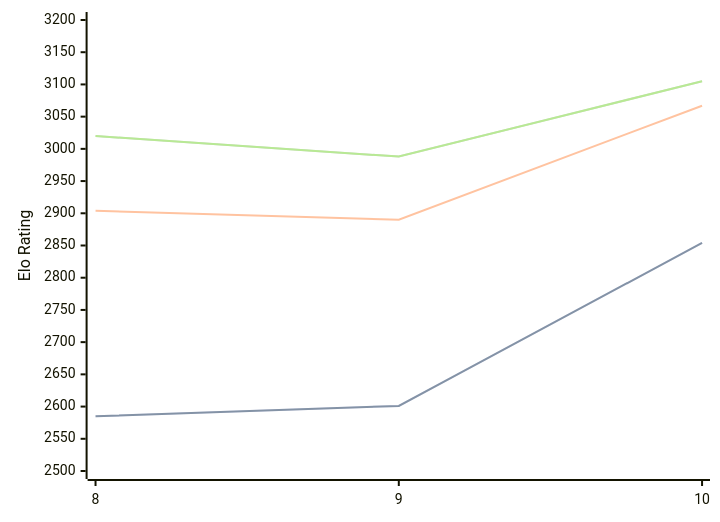
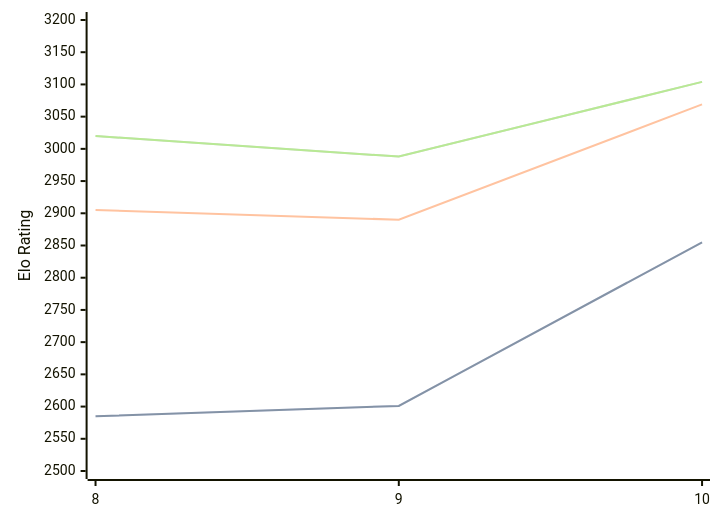
One commit to computer-chess-index/cci changed the diagram in engines/Lozza.md. Above: the diagram before and after it, drawn with Mermaid. The commit also changed other lines of this file, not shown here.

Commit message:
Update CCI Ratings (ELO VLTC) - 2026-05-21

````diff
--- a/engines/Lozza.md
+++ b/engines/Lozza.md
@@ -41,11 +41,11 @@
 ```mermaid
 %%{init: {"theme":"base","themeVariables":{"seriesColors:['#a3a3a3','#222221','#faa371']}}}%%
 xychart-beta
   x-axis ["8", "9", "10"]
   y-axis "Elo Rating" 2500 --> 3200
-  line "STC (8.0+0.08s)" [2585, 2601, 2854]
-  line "STC (8.0+0.08s)" [2585, 2601, 2854]
-  line "LTC (60.0+0.60s)" [2904, 2890, 3067]
-  line "VLTC (2m24s+1.12s)" [3020, 2988, 3105]
-  line "VLTC (2m24s+1.12s)" [3020, 2988, 3105]
+  line "STC (8.0+0.08s)" [2585, 2601, 2855]
+  line "STC (8.0+0.08s)" [2585, 2601, 2855]
+  line "LTC (60.0+0.60s)" [2905, 2890, 3069]
+  line "VLTC (2m24s+1.12s)" [3020, 2988, 3104]
+  line "VLTC (2m24s+1.12s)" [3020, 2988, 3104]
 ```
````
